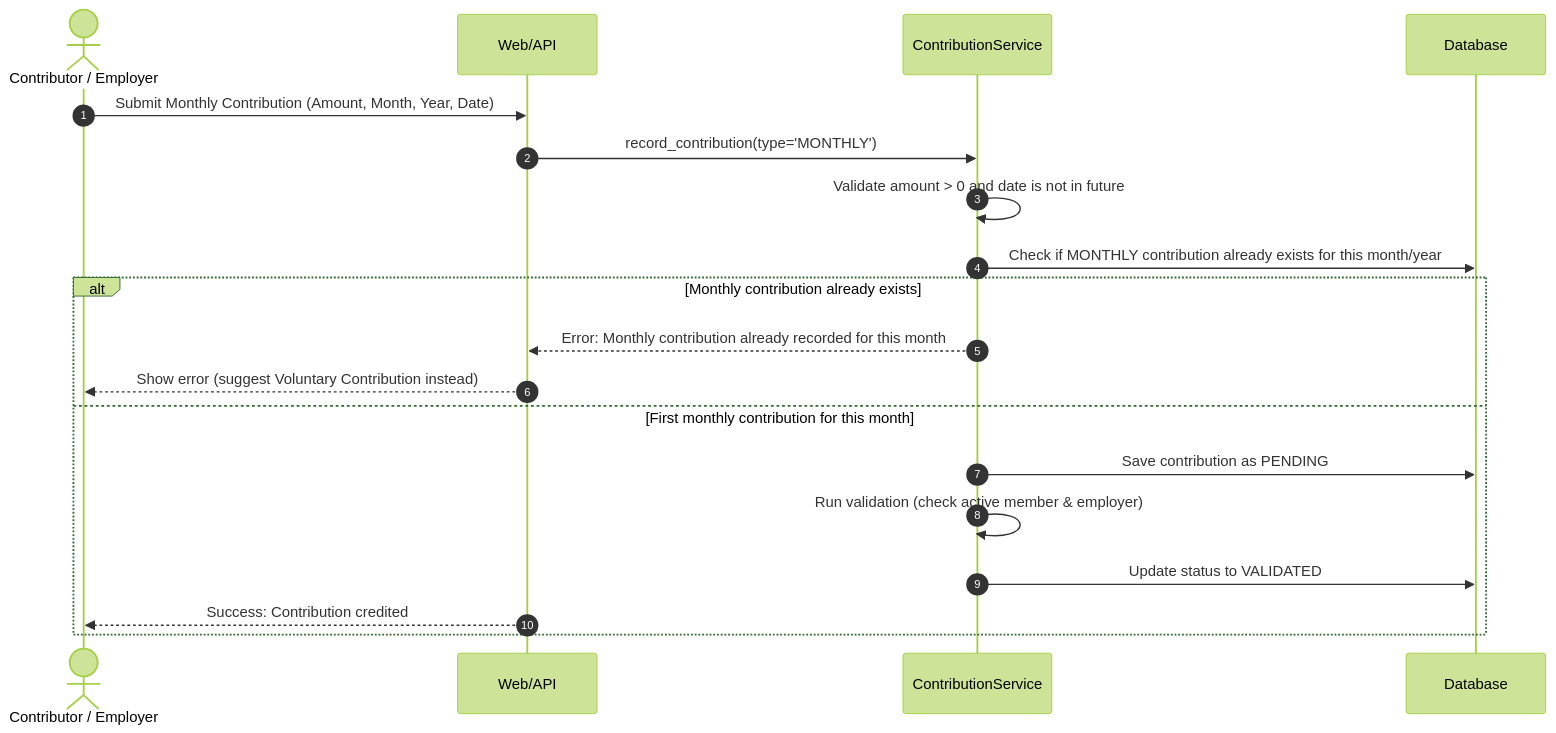
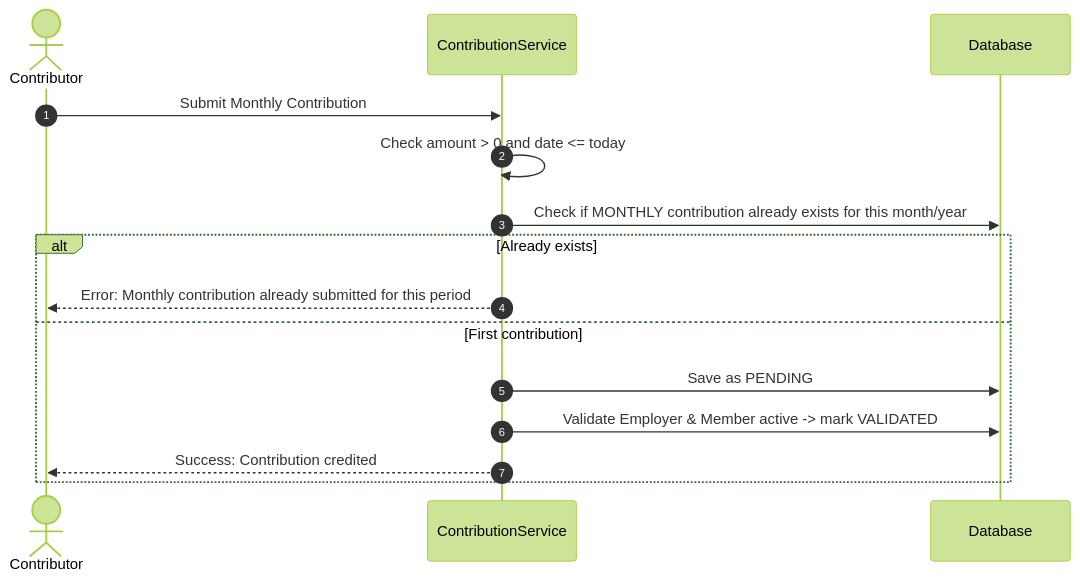
One commit to victorquadri123/pension-contribution-management-system changed the fourth of 7 diagrams in SYSTEM_DESIGN.md. Above: the diagram before and after it, drawn with Mermaid (forest theme). The commit also changed other lines of this file, not shown here.

````diff
--- a/SYSTEM_DESIGN.md
+++ b/SYSTEM_DESIGN.md
@@ -185,22 +118,18 @@
 ```mermaid
 sequenceDiagram
     autonumber
-    actor Contributor as Contributor / Employer
-    participant View as Web/API
-    participant Service as ContributionService
+    actor Contributor as Contributor
+    participant Svc as ContributionService
     participant DB as Database
 
-    Contributor->>View: Submit Monthly Contribution (Amount, Month, Year, Date)
-    View->>Service: record_contribution(type='MONTHLY')
-    Service->>Service: Validate amount > 0 and date is not in future
-    Service->>DB: Check if MONTHLY contribution already exists for this month/year
-    alt Monthly contribution already exists
-        Service-->>View: Error: Monthly contribution already recorded for this month
-        View-->>Contributor: Show error (suggest Voluntary Contribution instead)
-    else First monthly contribution for this month
-        Service->>DB: Save contribution as PENDING
-        Service->>Service: Run validation (check active member & employer)
-        Service->>DB: Update status to VALIDATED
-        View-->>Contributor: Success: Contribution credited
+    Contributor->>Svc: Submit Monthly Contribution
+    Svc->>Svc: Check amount > 0 and date <= today
+    Svc->>DB: Check if MONTHLY contribution already exists for this month/year
+    alt Already exists
+        Svc-->>Contributor: Error: Monthly contribution already submitted for this period
+    else First contribution
+        Svc->>DB: Save as PENDING
+        Svc->>DB: Validate Employer & Member active -> mark VALIDATED
+        Svc-->>Contributor: Success: Contribution credited
     end
 ```
````
